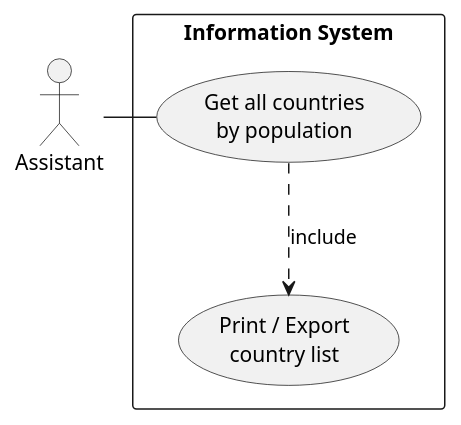
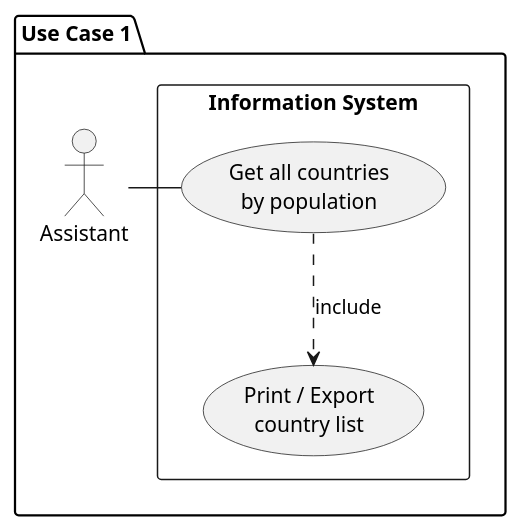
One commit to oparatte/SET08803-Group1 changed the first of 5 diagrams in use-cases/Use-case-diagrams.puml. Above: the diagram before and after it, drawn with PlantUML. The commit also changed other lines of this file, not shown here.

```diff
--- a/use-cases/Use-case-diagrams.puml
+++ b/use-cases/Use-case-diagrams.puml
@@ -1,15 +3,17 @@
 @startuml
 
+package "Use Case 1" {
 actor A1 as "Assistant"
 
 rectangle "Information System" {
     usecase UC1 as "Get all countries
         by population"
 
     usecase UCa as "Print / Export
         country list"
 
     A1 - UC1
     UC1 ..> UCa : include
 }
+}
 @enduml
```
